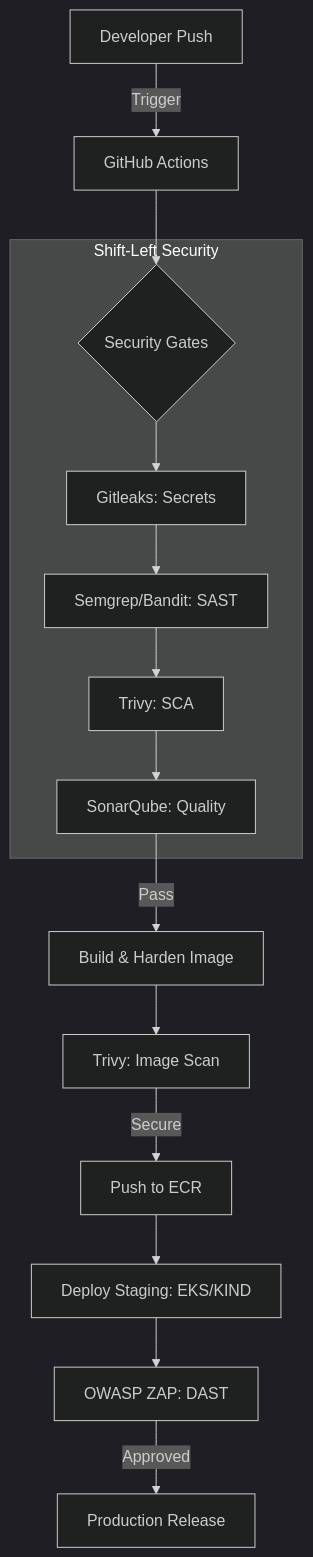
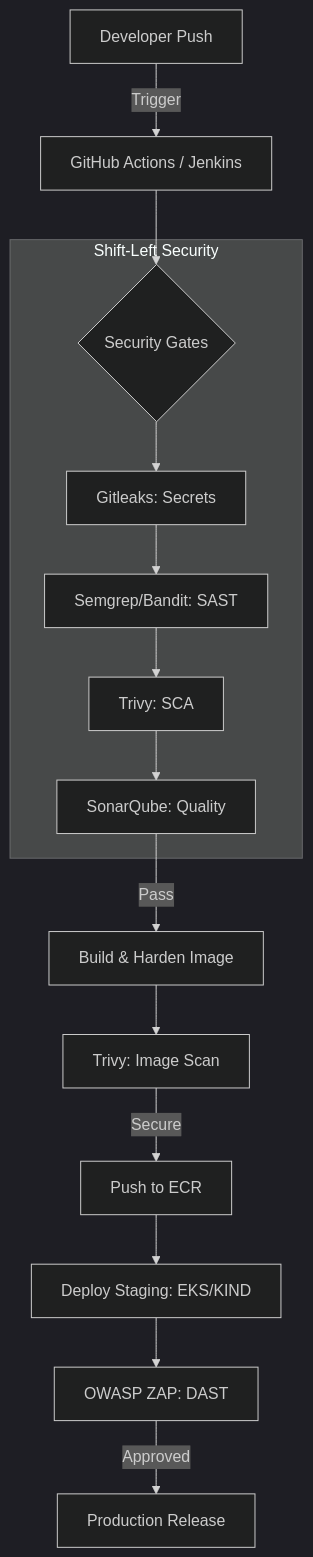
One commit to bittush8789/DevSecOps-CI-CD-Security-Pipeline changed the diagram in README.md. Above: the diagram before and after it, drawn with Mermaid (dark theme). The commit also changed other lines of this file, not shown here.

Commit message:
Docs: Update README with Jenkins and dual-CI support details

````diff
--- a/README.md
+++ b/README.md
@@ -25,20 +25,20 @@
 ```mermaid
 graph TD
-    A[Developer Push] -->|Trigger| B[GitHub Actions]
+    A[Developer Push] -->|Trigger| B[GitHub Actions / Jenkins]
     B --> C{Security Gates}
     
     subgraph "Shift-Left Security"
     C --> D[Gitleaks: Secrets]
     D --> E[Semgrep/Bandit: SAST]
     E --> F[Trivy: SCA]
     F --> G[SonarQube: Quality]
     end
     
     G -->|Pass| H[Build & Harden Image]
     H --> I[Trivy: Image Scan]
     I -->|Secure| J[Push to ECR]
     
     J --> K[Deploy Staging: EKS/KIND]
     K --> L[OWASP ZAP: DAST]
     L -->|Approved| M[Production Release]
 ```
````
